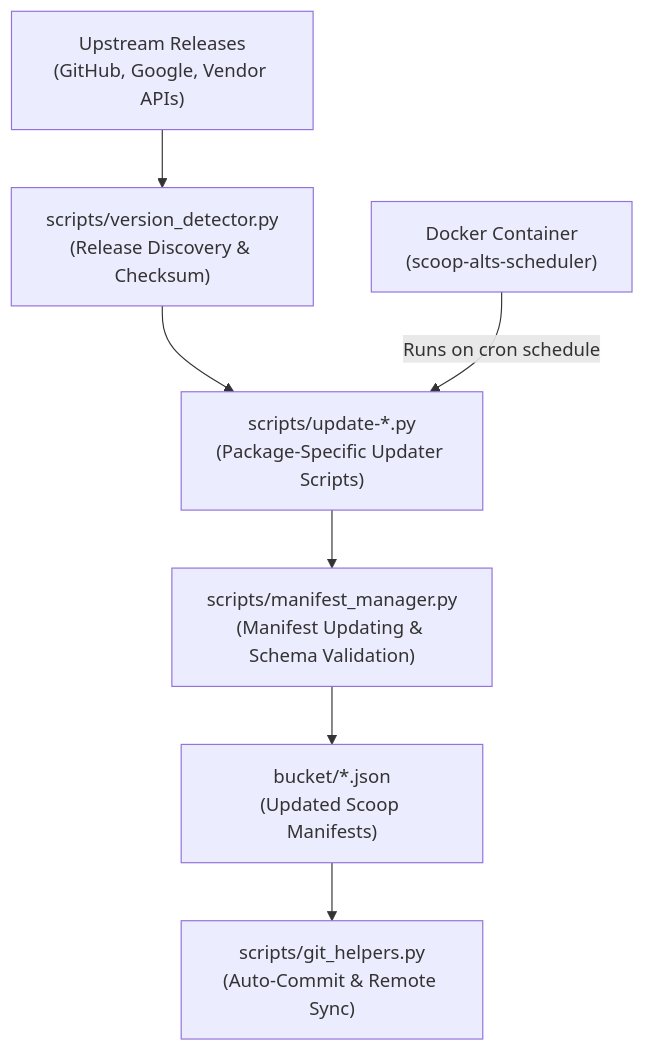
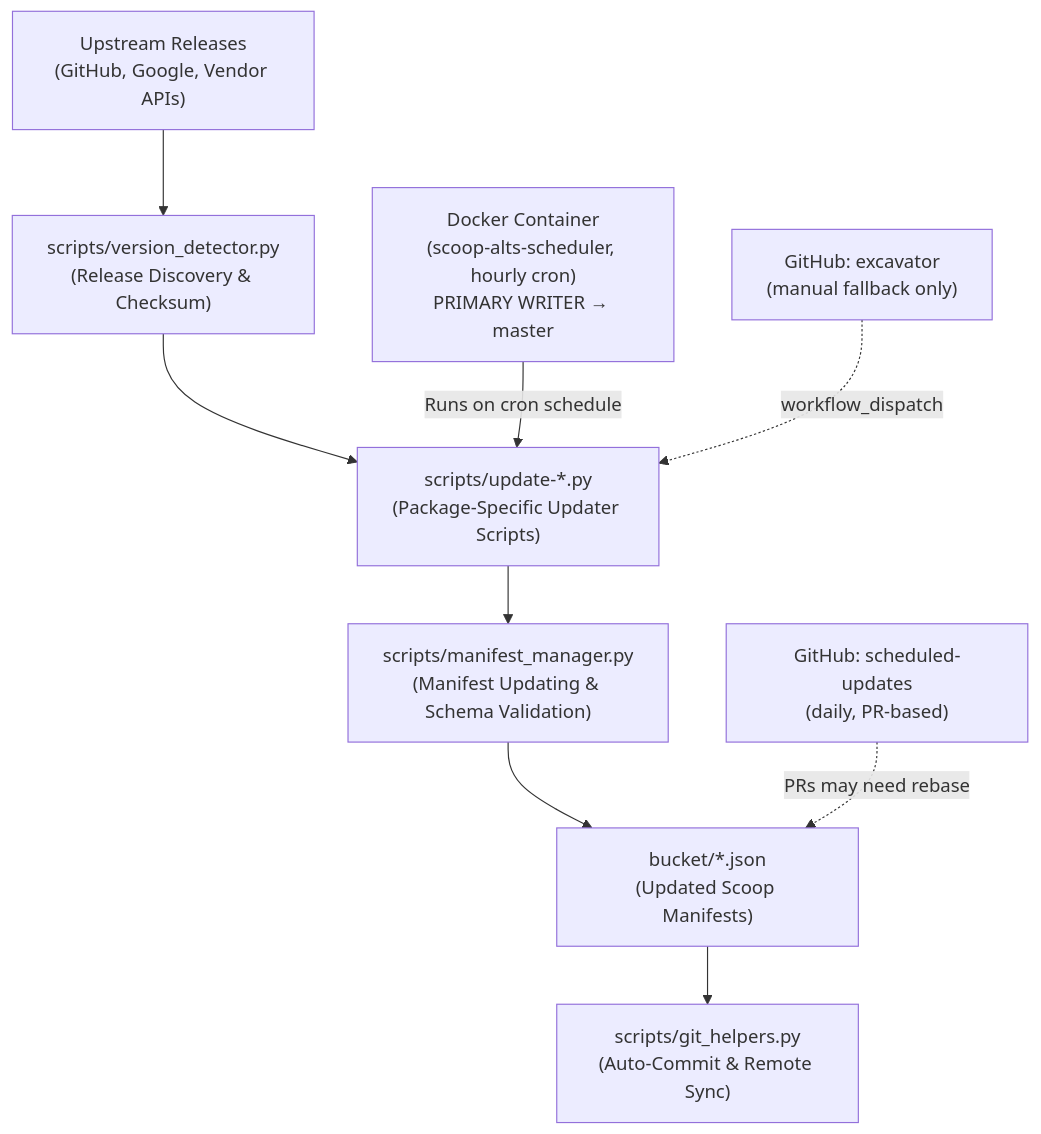
The diagram in README.md (danalec/scoop-alts), drawn with Mermaid before and after one commit. The commit also changed other lines of this file and 22 other files, not shown here.

````diff
--- a/README.md
+++ b/README.md
@@ -121,9 +124,11 @@
 ```mermaid
 flowchart TD
     A["Upstream Releases\n(GitHub, Google, Vendor APIs)"] --> B["scripts/version_detector.py\n(Release Discovery & Checksum)"]
     B --> C["scripts/update-*.py\n(Package-Specific Updater Scripts)"]
     C --> D["scripts/manifest_manager.py\n(Manifest Updating & Schema Validation)"]
     D --> E["bucket/*.json\n(Updated Scoop Manifests)"]
     E --> F["scripts/git_helpers.py\n(Auto-Commit & Remote Sync)"]
-    G["Docker Container\n(scoop-alts-scheduler)"] -->|Runs on cron schedule| C
+    G["Docker Container\n(scoop-alts-scheduler, hourly cron)\nPRIMARY WRITER → master"] -->|Runs on cron schedule| C
+    H["GitHub: scheduled-updates\n(daily, PR-based)"] -.->|PRs may need rebase| E
+    I["GitHub: excavator\n(manual fallback only)"] -.->|workflow_dispatch| C
 ```
````
